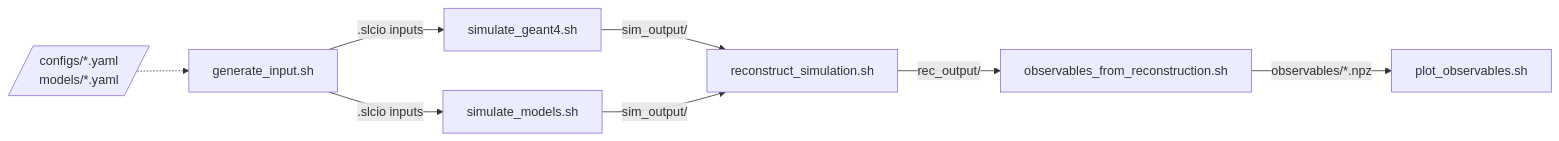
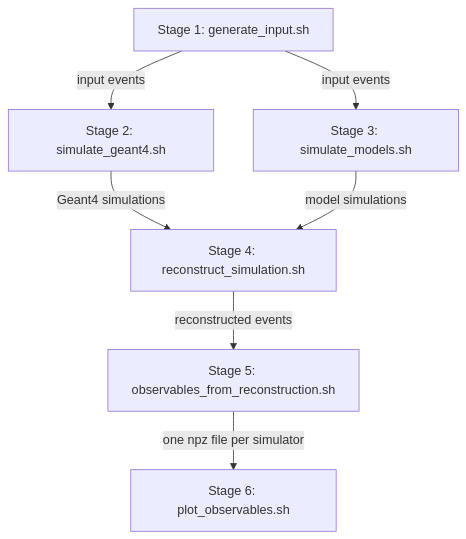
One commit to HenryDayHall/FaSiNaTe changed the diagram in README.md. Above: the diagram before and after it, drawn with Mermaid.

Commit message:
Simplify the README pipeline flowchart so it renders on GitHub
Claude-Session: https://claude.ai/code/session_01Ah4MGXR3tg1TDyCkjaHKQo

````diff
--- a/README.md
+++ b/README.md
@@ -37,18 +37,16 @@
 ```mermaid
-flowchart LR
-    cfg[/"configs/*.yaml<br>models/*.yaml"/]
-    gen["generate_input.sh"]
-    g4["simulate_geant4.sh"]
-    ml["simulate_models.sh"]
-    reco["reconstruct_simulation.sh"]
-    obs["observables_from_reconstruction.sh"]
-    plot["plot_observables.sh"]
+flowchart TD
+    gen["Stage 1: generate_input.sh"]
+    g4["Stage 2: simulate_geant4.sh"]
+    ml["Stage 3: simulate_models.sh"]
+    reco["Stage 4: reconstruct_simulation.sh"]
+    obs["Stage 5: observables_from_reconstruction.sh"]
+    plot["Stage 6: plot_observables.sh"]
 
-    cfg -.-> gen
-    gen -- ".slcio inputs" --> g4
-    gen -- ".slcio inputs" --> ml
-    g4 -- "sim_output/" --> reco
-    ml -- "sim_output/" --> reco
-    reco -- "rec_output/" --> obs
-    obs -- "observables/*.npz" --> plot
+    gen -->|input events| g4
+    gen -->|input events| ml
+    g4 -->|Geant4 simulations| reco
+    ml -->|model simulations| reco
+    reco -->|reconstructed events| obs
+    obs -->|one npz file per simulator| plot
 ```
````
